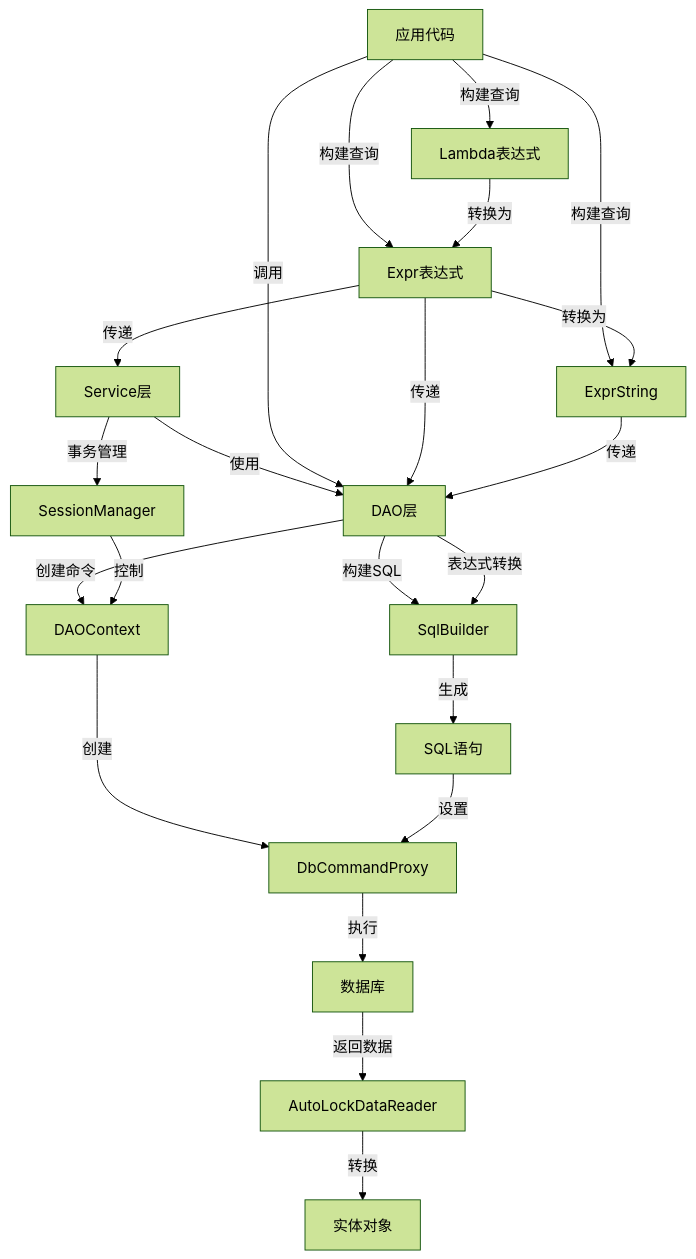
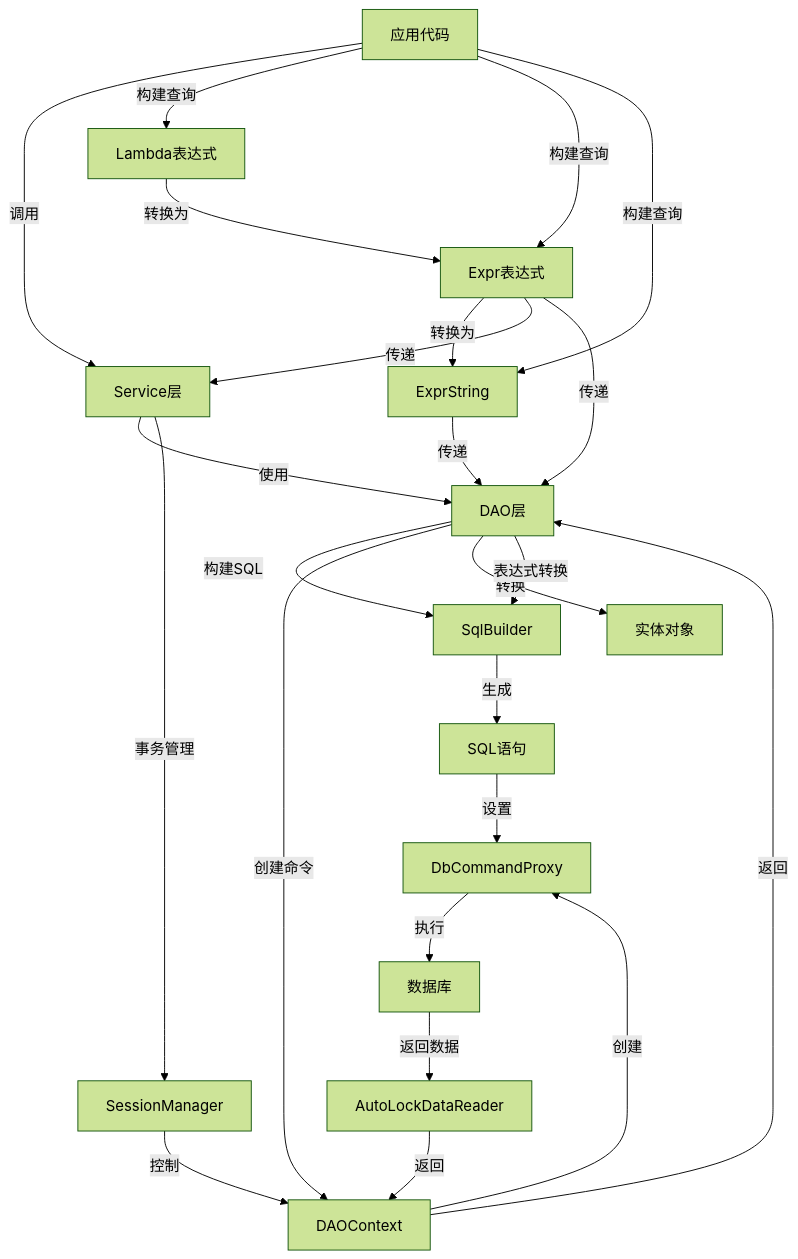
Before and after one commit to danjiewu/LiteOrm: the diagram in CODE_WIKI.md, drawn with Mermaid (forest theme). The commit also changed other lines of this file, not shown here.

````diff
--- a/CODE_WIKI.md
+++ b/CODE_WIKI.md
@@ -99,26 +99,26 @@
 ```mermaid
 flowchart TD
-    A[应用代码]
-    B[Service层]
+    A[应用代码] -->|调用| B[Service层]
     B -->|使用| C[DAO层]
-    A -->|调用| C
     C -->|构建SQL| D[SqlBuilder]
     D -->|生成| H[SQL语句]
     C -->|创建命令| E[DAOContext]
     E -->|创建| J[DbCommandProxy]
     H -->|设置| J
     J -->|执行| F[数据库]
     F -->|返回数据| K[AutoLockDataReader]
-    K -->|转换| L[实体对象]
+    K -->|返回| E
+    E -->|返回| C
+    C -->|转换| L[实体对象]
     A -->|构建查询| G1[Lambda表达式]
     A -->|构建查询| G2[Expr表达式]
     A -->|构建查询| G3[ExprString]
     G1 -->|转换为| G2
     G2 -->|转换为| G3
     G2 -->|传递| B
     G2 -->|传递| C
     G3 -->|传递| C
     C -->|表达式转换| D
     B -->|事务管理| I[SessionManager]
     I -->|控制| E
 ```
````
